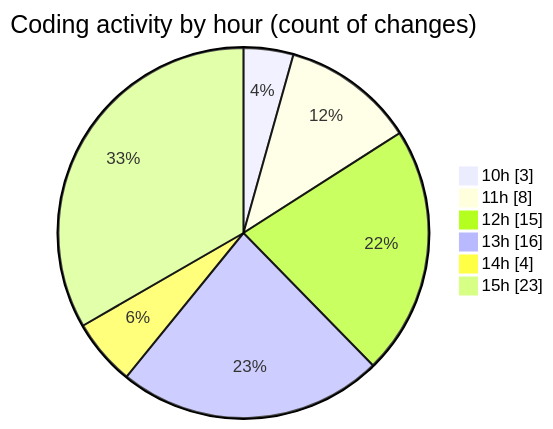
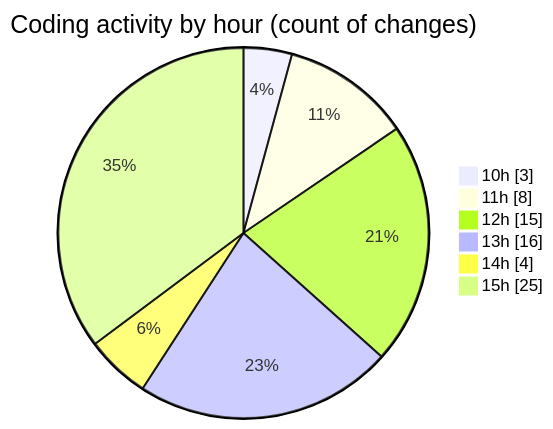
The second of 2 diagrams in 2025-10-15/nxtqube_webapp/README.md (nxtqubesakshisongat/code-tracking), drawn with Mermaid before and after one commit. The commit also changed other lines of this file and 1 other file, not shown here.

````diff
--- a/2025-10-15/nxtqube_webapp/README.md
+++ b/2025-10-15/nxtqube_webapp/README.md
@@ -29,10 +29,10 @@
 ```mermaid
 pie showData
 title Coding activity by hour (count of changes)
 "10h" : 3
 "11h" : 8
 "12h" : 15
 "13h" : 16
 "14h" : 4
-"15h" : 23
+"15h" : 25
 ```
````
